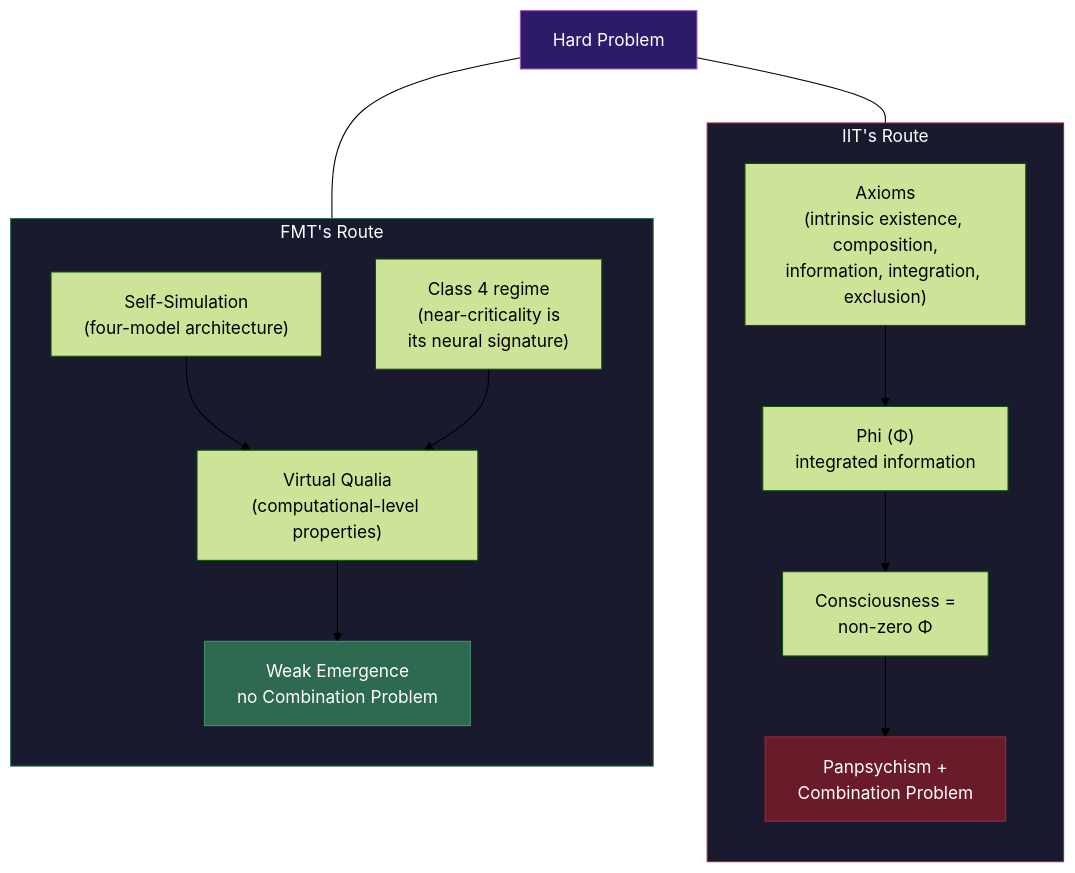
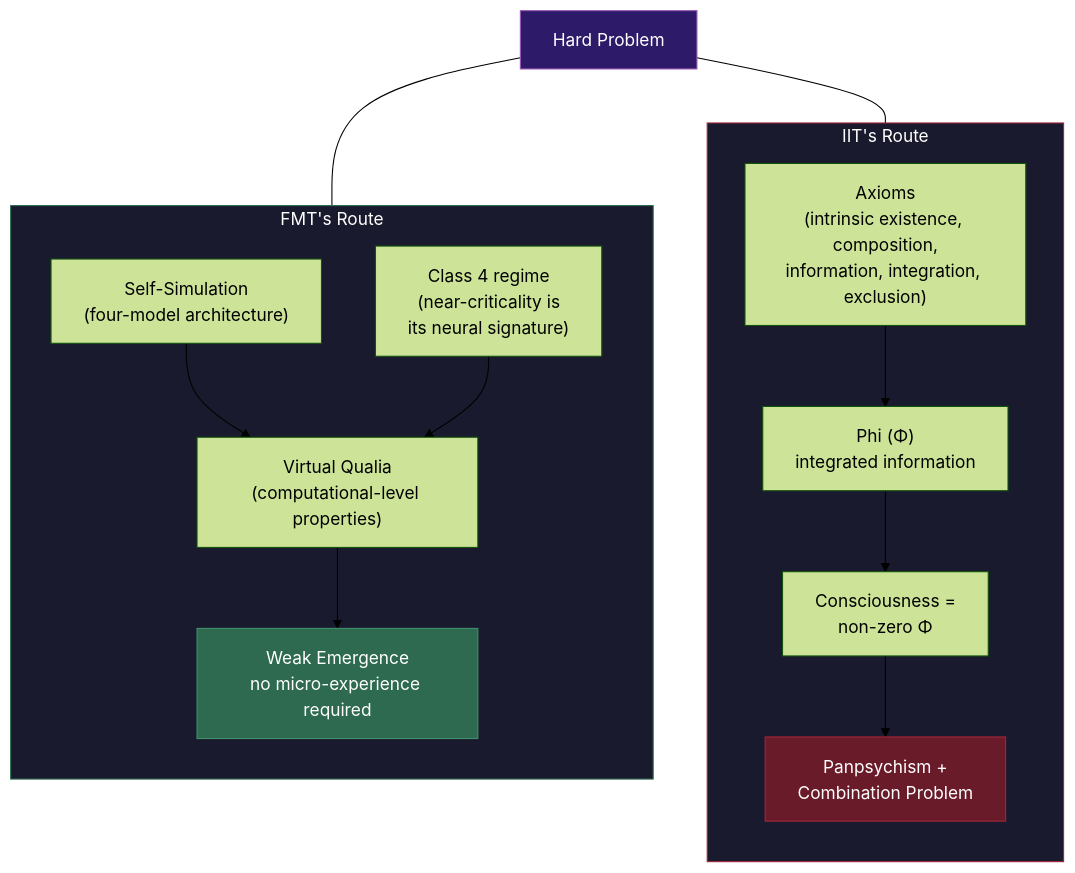
One commit to JeltzProstetnic/aIware changed the diagram in wiki/comparative/vs-iit.md. Above: the diagram before and after it, drawn with Mermaid (forest theme). The commit also changed other lines of this file and 42 other files, not shown here.

````diff
--- a/wiki/comparative/vs-iit.md
+++ b/wiki/comparative/vs-iit.md
@@ -43,31 +43,31 @@
 ```mermaid
 graph TB
     subgraph IIT_PATH["IIT's Route"]
         direction TB
         I1["Axioms<br/>(intrinsic existence, composition,<br/>information, integration, exclusion)"]
         I2["Phi (Φ)<br/>integrated information"]
         I3["Consciousness =<br/>non-zero Φ"]
         I4["Panpsychism +<br/>Combination Problem"]
         I1 --> I2 --> I3 --> I4
     end
 
     subgraph FMT_PATH["FMT's Route"]
         direction TB
         F1["Self-Simulation<br/>(four-model architecture)"]
         F2["Class 4 regime<br/>(near-criticality is<br/>its neural signature)"]
         F3["Virtual Qualia<br/>(computational-level properties)"]
-        F4["Weak Emergence<br/>no Combination Problem"]
+        F4["Weak Emergence<br/>no micro-experience required"]
         F1 --> F3
         F2 --> F3
         F3 --> F4
     end
 
     HP["Hard Problem"] --- I3
     HP --- F3
 
     style IIT_PATH fill:#1a1a2e,stroke:#a4243b,color:#fff
     style FMT_PATH fill:#1a1a2e,stroke:#2d6a4f,color:#fff
     style I4 fill:#6a1b2a,stroke:#a4243b,color:#fff
     style F4 fill:#2d6a4f,stroke:#40916c,color:#fff
     style HP fill:#2d1b69,stroke:#9b59b6,color:#fff
 ```
````
